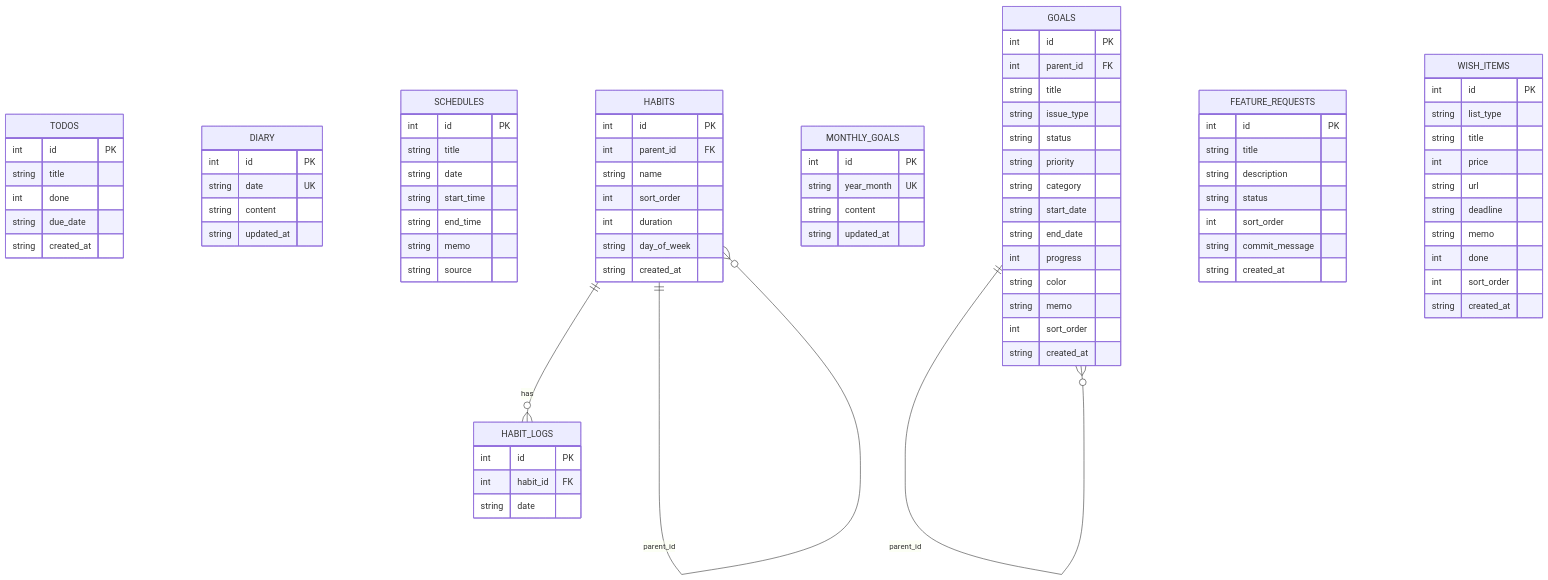
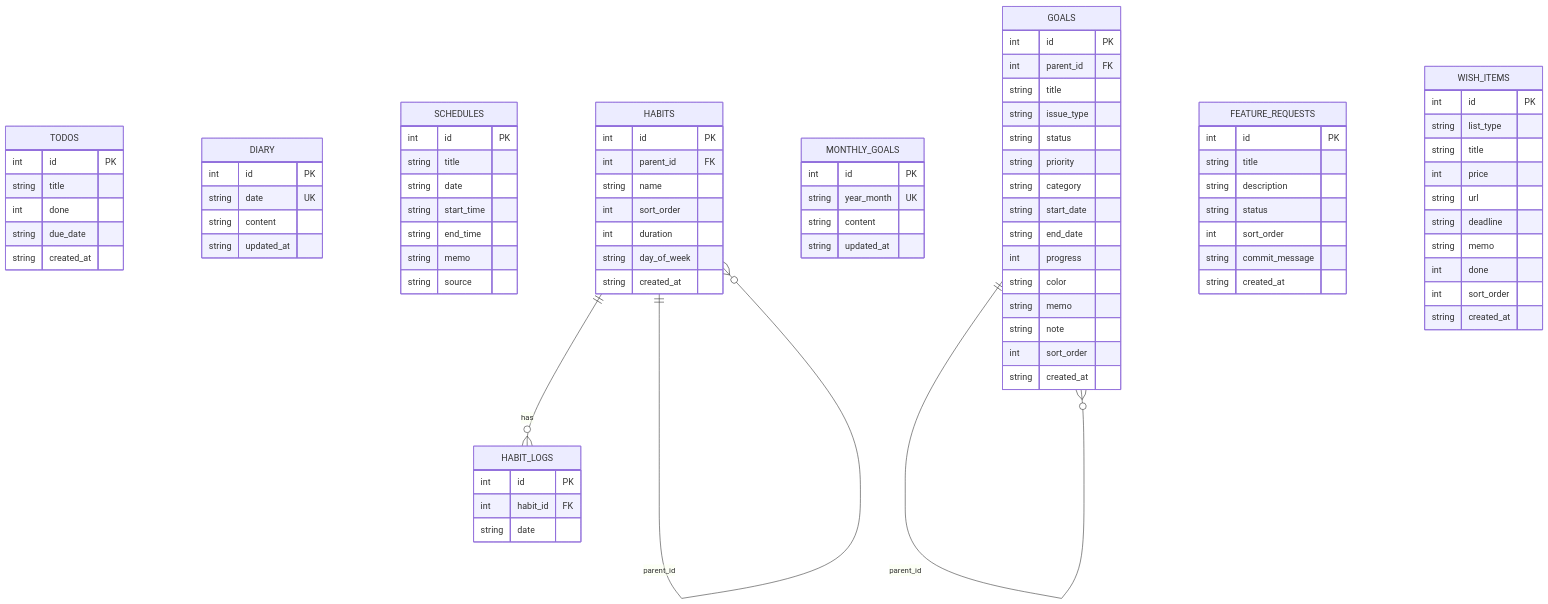
Before and after one commit to tkmain-dev/self-os: the diagram in docs/database.md, drawn with Mermaid. The commit also changed other lines of this file and 6 other files, not shown here.

```diff
--- a/docs/database.md
+++ b/docs/database.md
@@ -73,6 +73,7 @@
         int progress
         string color
         string memo
+        string note
         int sort_order
         string created_at
     }
```
